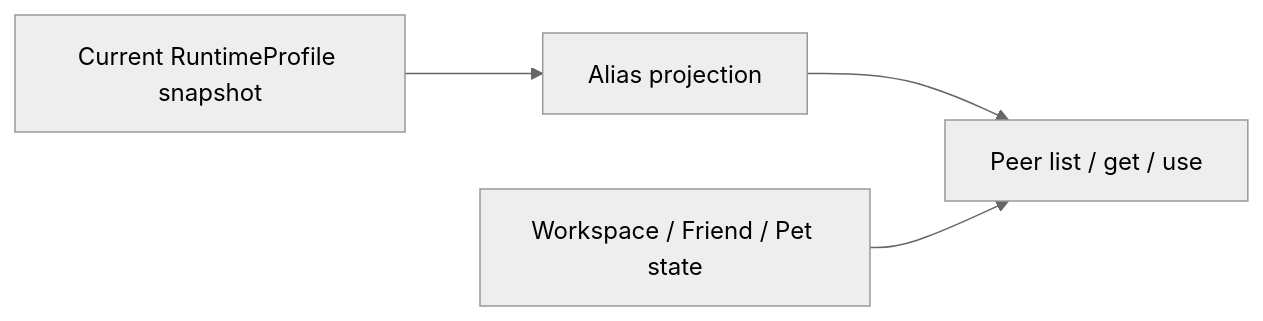
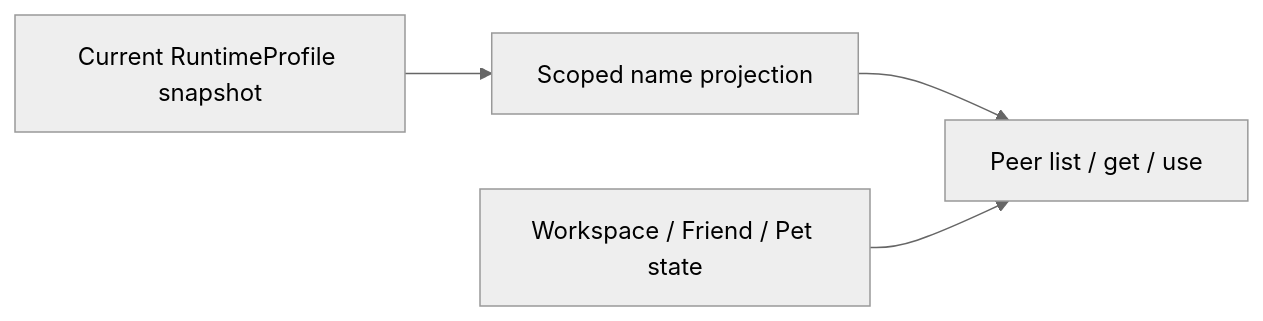
One commit to GizClaw/gizclaw changed the diagram in guides/en/developing/gizclaw/services/runtime/peerresource.md. Above: the diagram before and after it, drawn with Mermaid (neutral theme). The commit also changed other lines of this file and 418 other files, not shown here.

````diff
--- a/guides/en/developing/gizclaw/services/runtime/peerresource.md
+++ b/guides/en/developing/gizclaw/services/runtime/peerresource.md
@@ -7,6 +7,6 @@
 ```mermaid
 flowchart LR
-    Profile["Current RuntimeProfile snapshot"] --> Alias["Alias projection"]
-    Alias --> RPC["Peer list / get / use"]
+    Profile["Current RuntimeProfile snapshot"] --> Name["Scoped name projection"]
+    Name --> RPC["Peer list / get / use"]
     Domain["Workspace / Friend / Pet state"] --> RPC
 ```
````
